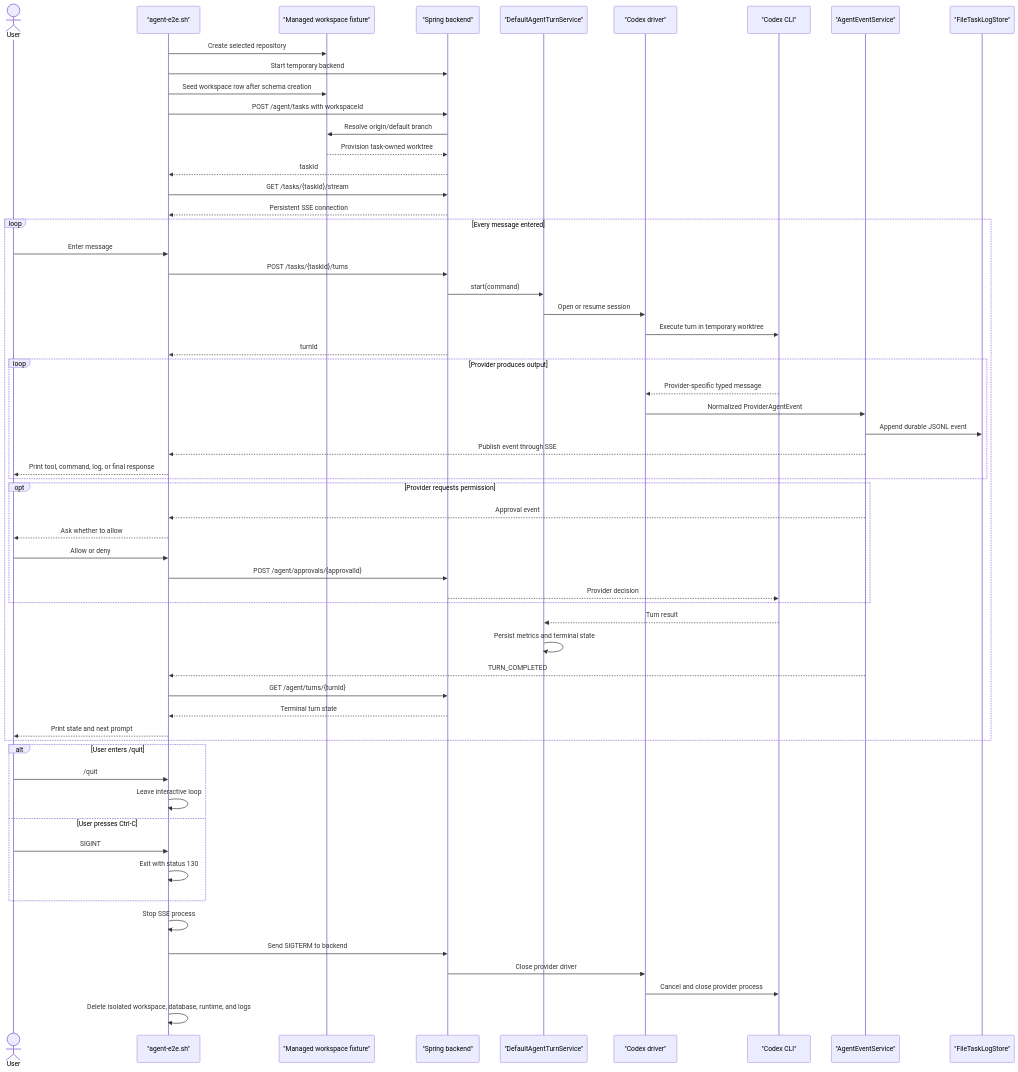
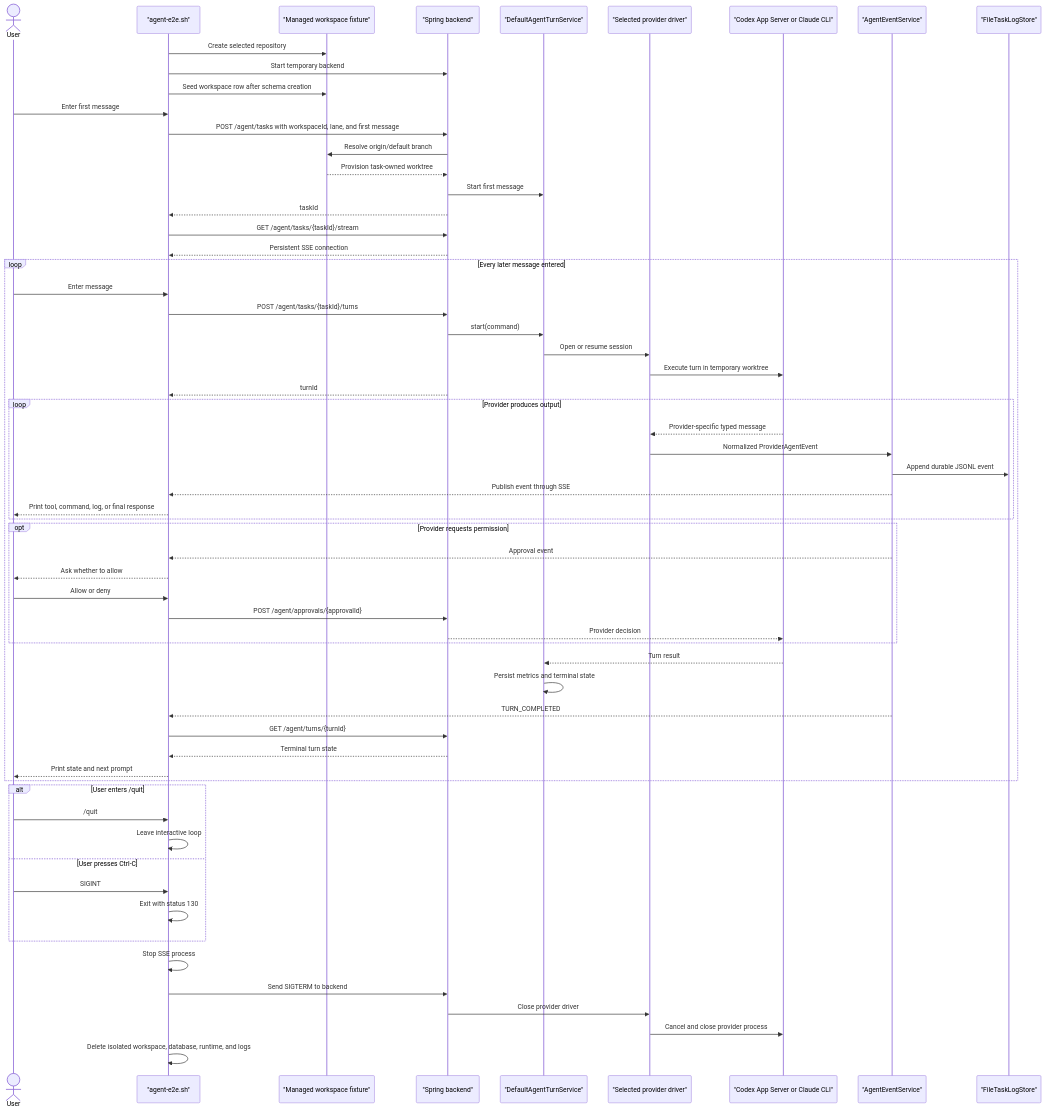
Before and after one commit to bytequay/bytequay: the diagram in docs/design/agent-e2e.md, drawn with Mermaid. The commit also changed other lines of this file and 76 other files, not shown here.

First line of the commit message:
Ship Codex and Claude agent tasks

````diff
--- a/docs/design/agent-e2e.md
+++ b/docs/design/agent-e2e.md
@@ -53,68 +86,70 @@
 ```mermaid
 sequenceDiagram
     actor User
     participant Shell as "agent-e2e.sh"
     participant Workspace as "Managed workspace fixture"
     participant API as "Spring backend"
     participant Turn as "DefaultAgentTurnService"
-    participant Driver as "Codex driver"
-    participant CLI as "Codex CLI"
+    participant Driver as "Selected provider driver"
+    participant CLI as "Codex App Server or Claude CLI"
     participant Events as "AgentEventService"
     participant Log as "FileTaskLogStore"
 
     Shell->>Workspace: Create selected repository
     Shell->>API: Start temporary backend
     Shell->>Workspace: Seed workspace row after schema creation
-    Shell->>API: POST /agent/tasks with workspaceId
+    User->>Shell: Enter first message
+    Shell->>API: POST /agent/tasks with workspaceId, lane, and first message
     API->>Workspace: Resolve origin/default branch
     Workspace-->>API: Provision task-owned worktree
+    API->>Turn: Start first message
     API-->>Shell: taskId
-    Shell->>API: GET /tasks/{taskId}/stream
+    Shell->>API: GET /agent/tasks/{taskId}/stream
     API-->>Shell: Persistent SSE connection
 
-    loop Every message entered
+    loop Every later message entered
         User->>Shell: Enter message
-        Shell->>API: POST /tasks/{taskId}/turns
+        Shell->>API: POST /agent/tasks/{taskId}/turns
         API->>Turn: start(command)
         Turn->>Driver: Open or resume session
         Driver->>CLI: Execute turn in temporary worktree
         API-->>Shell: turnId
 
         loop Provider produces output
             CLI-->>Driver: Provider-specific typed message
             Driver->>Events: Normalized ProviderAgentEvent
             Events->>Log: Append durable JSONL event
             Events-->>Shell: Publish event through SSE
             Shell-->>User: Print tool, command, log, or final response
         end
 
         opt Provider requests permission
             Events-->>Shell: Approval event
             Shell-->>User: Ask whether to allow
             User->>Shell: Allow or deny
             Shell->>API: POST /agent/approvals/{approvalId}
             API-->>CLI: Provider decision
         end
 
         CLI-->>Turn: Turn result
         Turn->>Turn: Persist metrics and terminal state
         Events-->>Shell: TURN_COMPLETED
         Shell->>API: GET /agent/turns/{turnId}
         API-->>Shell: Terminal turn state
         Shell-->>User: Print state and next prompt
     end
 
     alt User enters /quit
         User->>Shell: /quit
         Shell->>Shell: Leave interactive loop
     else User presses Ctrl-C
         User->>Shell: SIGINT
         Shell->>Shell: Exit with status 130
     end
 
     Shell->>Shell: Stop SSE process
     Shell->>API: Send SIGTERM to backend
     API->>Driver: Close provider driver
     Driver->>CLI: Cancel and close provider process
     Shell->>Shell: Delete isolated workspace, database, runtime, and logs
 ```
````
